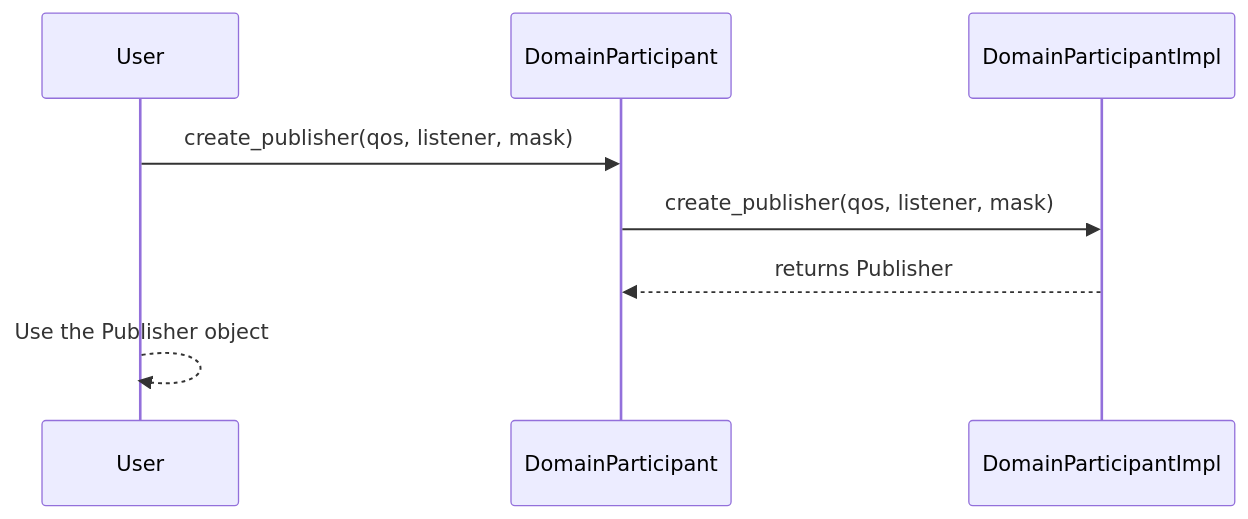
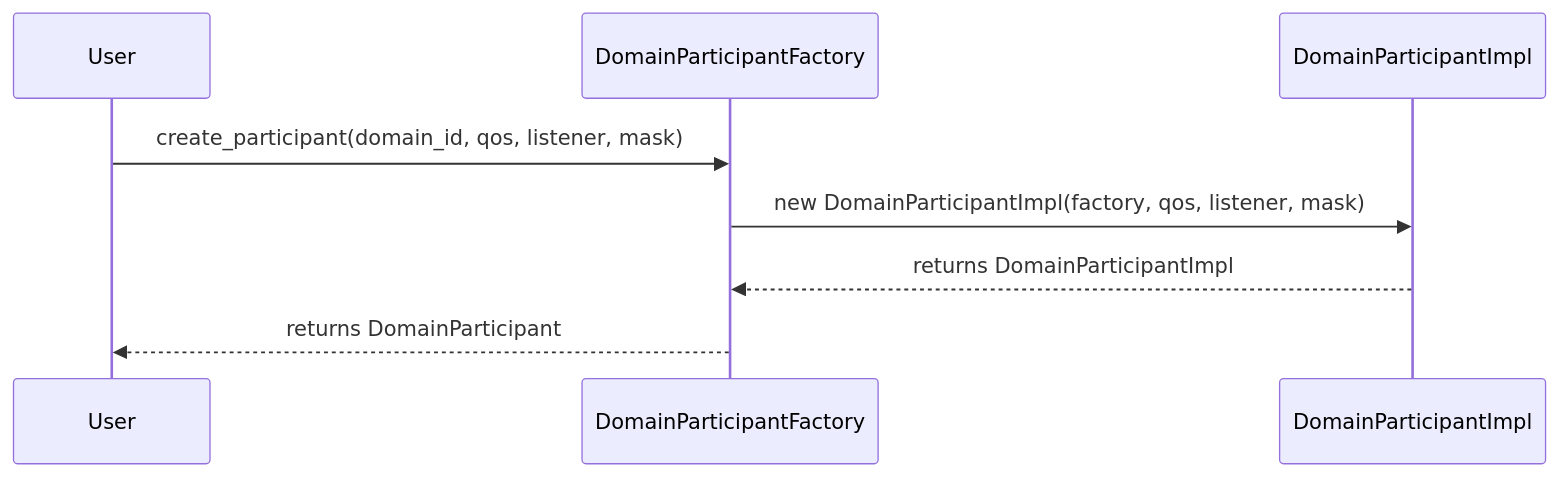
One commit to daniel1170594722/Code-Analysis changed the second of 4 diagrams in code_reading_workflow.md. Above: the diagram before and after it, drawn with Mermaid. The commit also changed other lines of this file, not shown here.

````diff
--- a/code_reading_workflow.md
+++ b/code_reading_workflow.md
@@ -155,10 +137,10 @@
          ```mermaid
          sequenceDiagram
            participant User
-           participant DomainParticipant
+           participant DomainParticipantFactory
            participant DomainParticipantImpl
-           User->>DomainParticipant: create_publisher(qos, listener, mask)
-           DomainParticipant->>DomainParticipantImpl: create_publisher(qos, listener, mask)
-           DomainParticipantImpl-->>DomainParticipant: returns Publisher
-           User-->>User: Use the Publisher object
+           User->>DomainParticipantFactory: create_participant(domain_id, qos, listener, mask)
+           DomainParticipantFactory->>DomainParticipantImpl: new DomainParticipantImpl(factory, qos, listener, mask)
+           DomainParticipantImpl-->>DomainParticipantFactory: returns DomainParticipantImpl
+           DomainParticipantFactory-->>User: returns DomainParticipant
          ```
````
